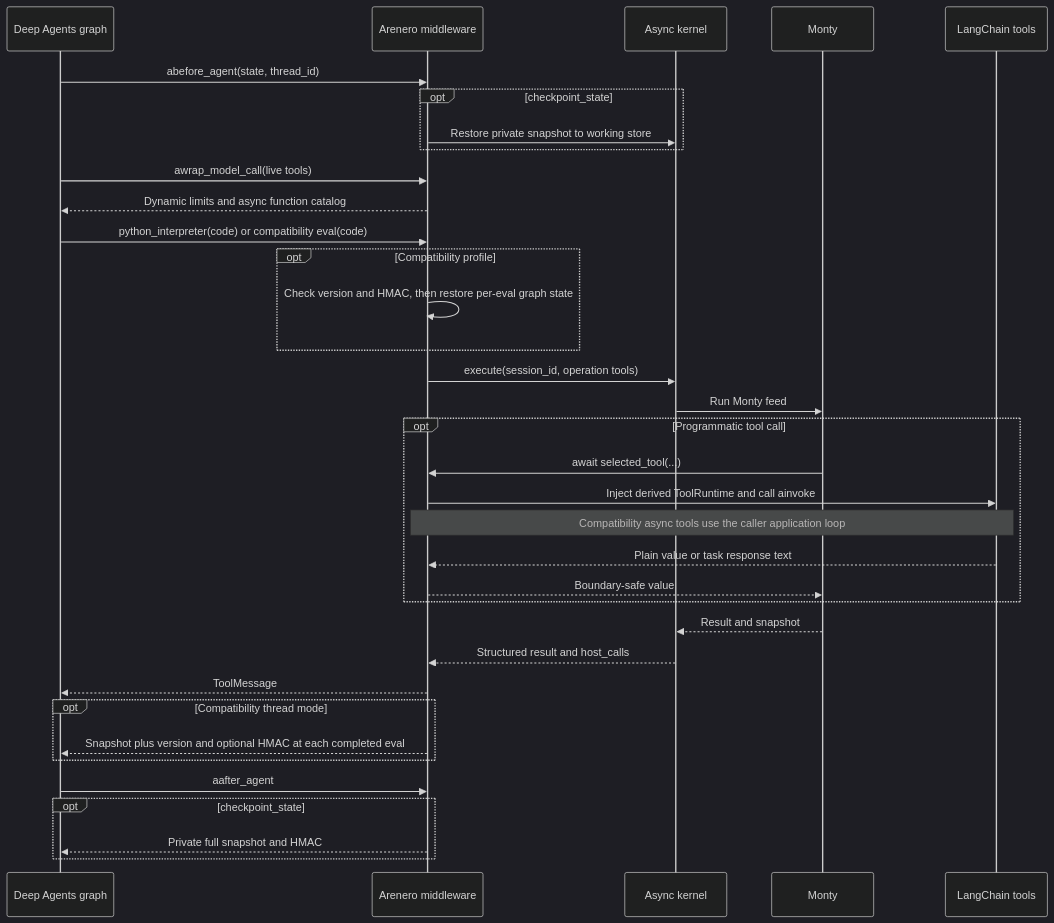
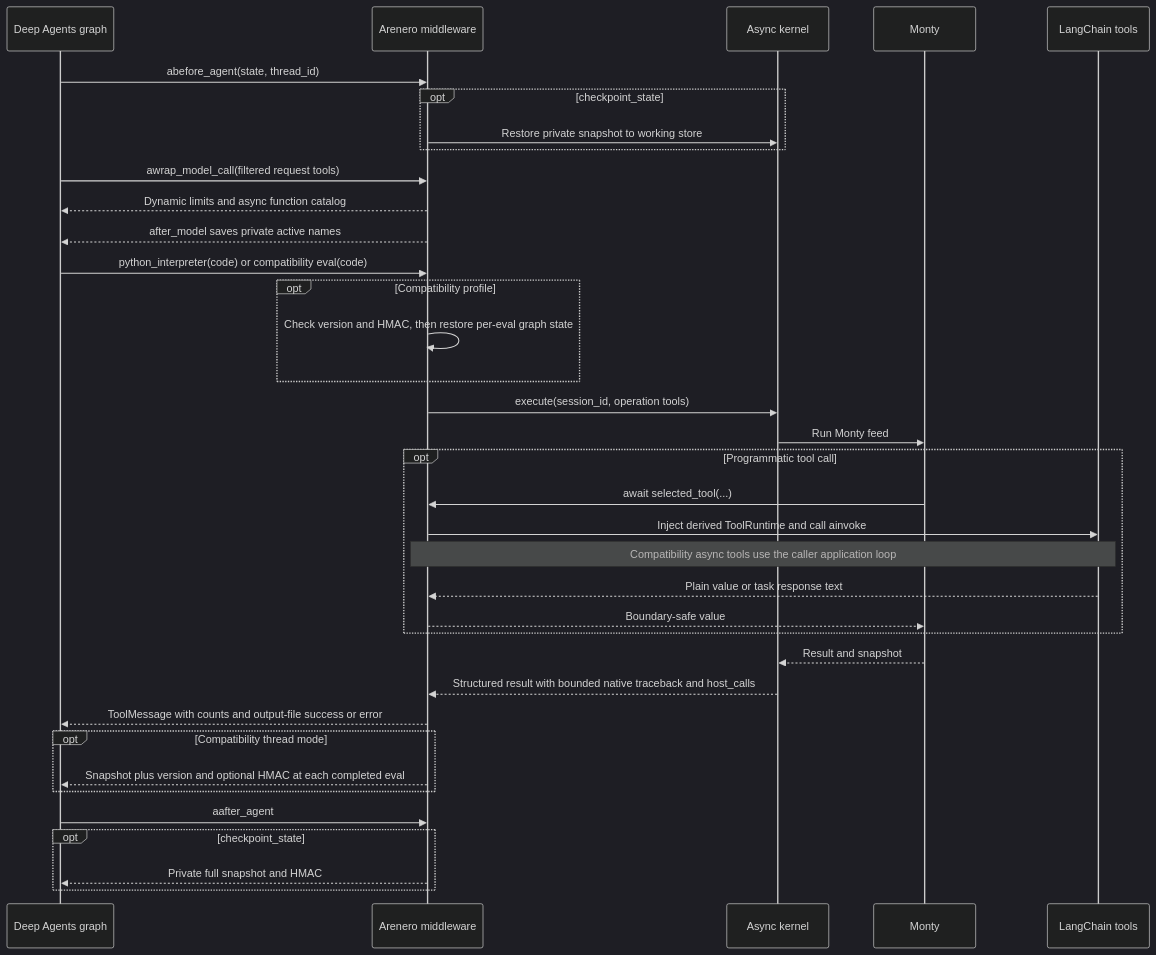
One commit to sgaseretto/arenero changed the fourth of 6 diagrams in docs/architecture.md. Above: the diagram before and after it, drawn with Mermaid (dark theme). The commit also changed other lines of this file and 11 other files, not shown here.

````diff
--- a/docs/architecture.md
+++ b/docs/architecture.md
@@ -290,38 +290,39 @@
 ```mermaid
 sequenceDiagram
     participant G as Deep Agents graph
     participant A as Arenero middleware
     participant K as Async kernel
     participant M as Monty
     participant T as LangChain tools
 
     G->>A: abefore_agent(state, thread_id)
     opt checkpoint_state
         A->>K: Restore private snapshot to working store
     end
-    G->>A: awrap_model_call(live tools)
+    G->>A: awrap_model_call(filtered request tools)
     A-->>G: Dynamic limits and async function catalog
+    A-->>G: after_model saves private active names
     G->>A: python_interpreter(code) or compatibility eval(code)
     opt Compatibility profile
         A->>A: Check version and HMAC, then restore per-eval graph state
     end
     A->>K: execute(session_id, operation tools)
     K->>M: Run Monty feed
     opt Programmatic tool call
         M->>A: await selected_tool(...)
         A->>T: Inject derived ToolRuntime and call ainvoke
         Note over A,T: Compatibility async tools use the caller application loop
         T-->>A: Plain value or task response text
         A-->>M: Boundary-safe value
     end
     M-->>K: Result and snapshot
-    K-->>A: Structured result and host_calls
-    A-->>G: ToolMessage
+    K-->>A: Structured result with bounded native traceback and host_calls
+    A-->>G: ToolMessage with counts and output-file success or error
     opt Compatibility thread mode
         A-->>G: Snapshot plus version and optional HMAC at each completed eval
     end
     G->>A: aafter_agent
     opt checkpoint_state
         A-->>G: Private full snapshot and HMAC
     end
 ```
````
